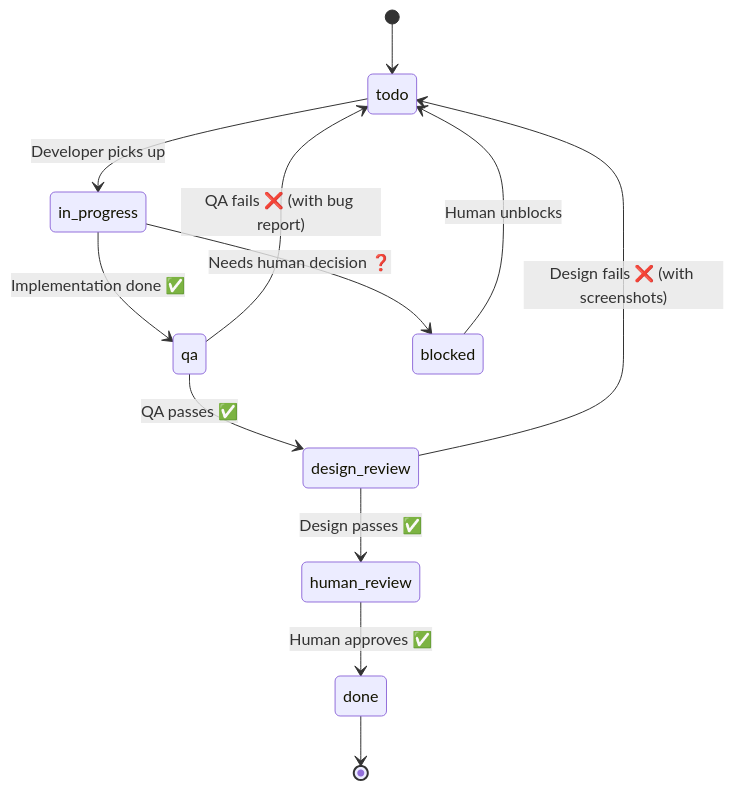
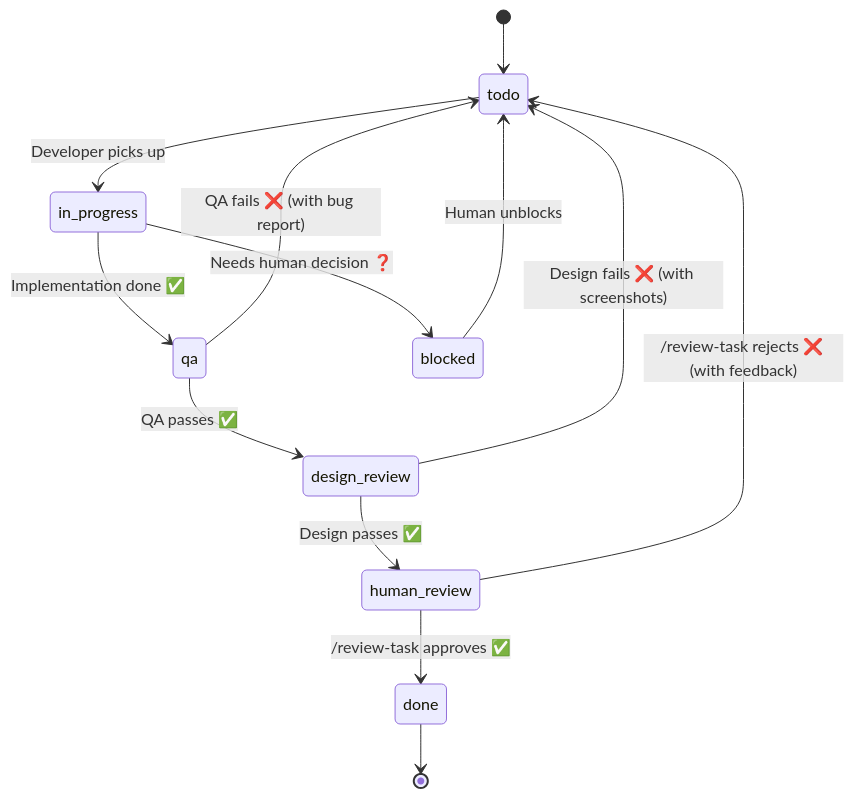
Before and after one commit to mare22/claude-crew: the second of 4 diagrams in README.md, drawn with Mermaid. The commit also changed other lines of this file and 4 other files, not shown here.

First line of the commit message:
feat: add /add-task and /review-task skills for board management

````diff
--- a/README.md
+++ b/README.md
@@ -38,14 +40,15 @@
 ```mermaid
 stateDiagram-v2
     [*] --> todo
     todo --> in_progress: Developer picks up
     in_progress --> qa: Implementation done ✅
     in_progress --> blocked: Needs human decision ❓
     blocked --> todo: Human unblocks
     qa --> design_review: QA passes ✅
     qa --> todo: QA fails ❌ (with bug report)
     design_review --> human_review: Design passes ✅
     design_review --> todo: Design fails ❌ (with screenshots)
-    human_review --> done: Human approves ✅
+    human_review --> done: /review-task approves ✅
+    human_review --> todo: /review-task rejects ❌ (with feedback)
     done --> [*]
 ```
````
